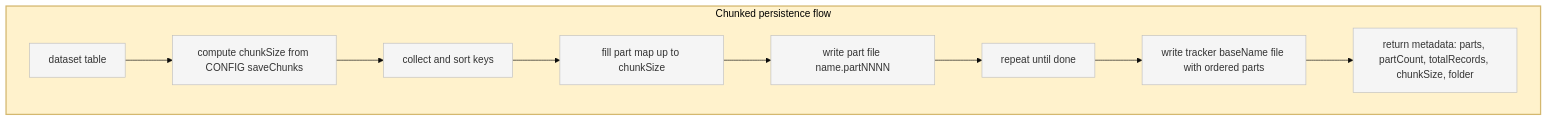
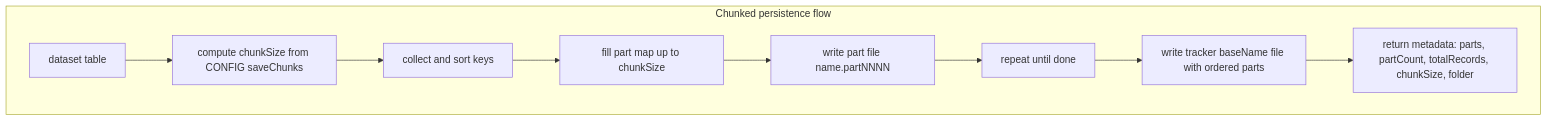
The first of 3 diagrams in docs/config/save_chunks.md (Gh0st352/AETHR), drawn with Mermaid before and after one commit. The commit also changed other lines of this file and 8 other files, not shown here.

First line of the commit message:
docs(config): standardize Mermaid themes and class names

````diff
--- a/docs/config/save_chunks.md
+++ b/docs/config/save_chunks.md
@@ -29,17 +29,15 @@
 ```mermaid
-%%{init: {"theme":"base", "themeVariables":{"primaryColor":"#f5f5f5"}}}%%
+%% shared theme: docs/_mermaid/theme.json %%
 flowchart TB
-  subgraph CHUNK_FLOW [Chunked persistence flow]
-    style CHUNK_FLOW fill:#fff2cc,stroke:#d4b86f,stroke-width:2px
+  subgraph CHUNK_FLOW["Chunked persistence flow"]
     DB[dataset table] --> CS[compute chunkSize from CONFIG saveChunks]
     CS --> SK[collect and sort keys]
     SK --> FILL[fill part map up to chunkSize]
     FILL --> FLUSH[write part file name.partNNNN]
     FLUSH --> REPEAT[repeat until done]
     REPEAT --> TRACK[write tracker baseName file with ordered parts]
     TRACK --> META[return metadata: parts, partCount, totalRecords, chunkSize, folder]
   end
 
-  classDef node fill:#f5f5f5,stroke:#bfbfbf
-  class DB,CS,SK,FILL,FLUSH,REPEAT,TRACK,META node
+  class DB,CS,SK,FILL,FLUSH,REPEAT,TRACK,META class_step;
 ```
````
